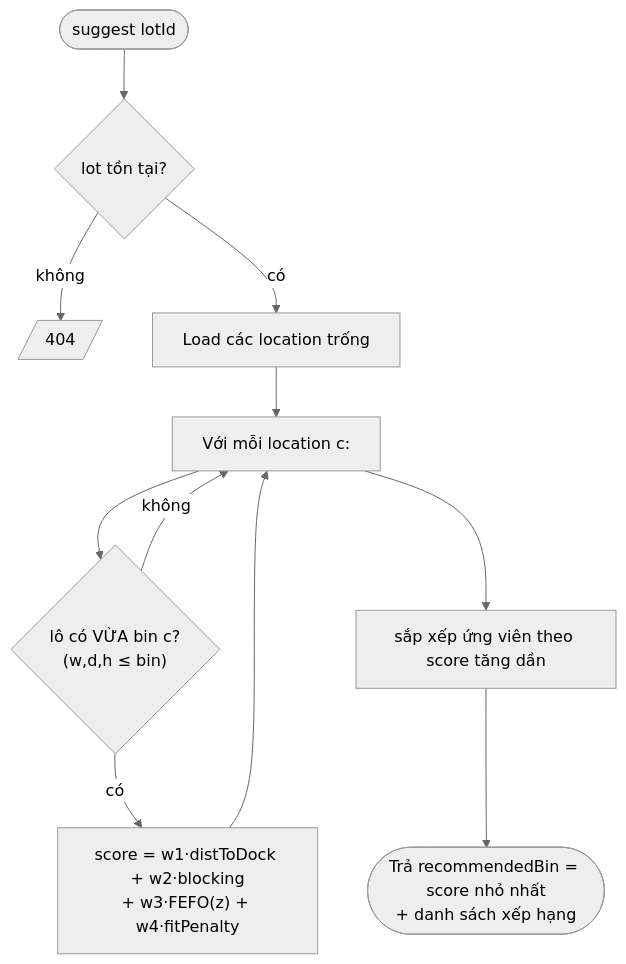
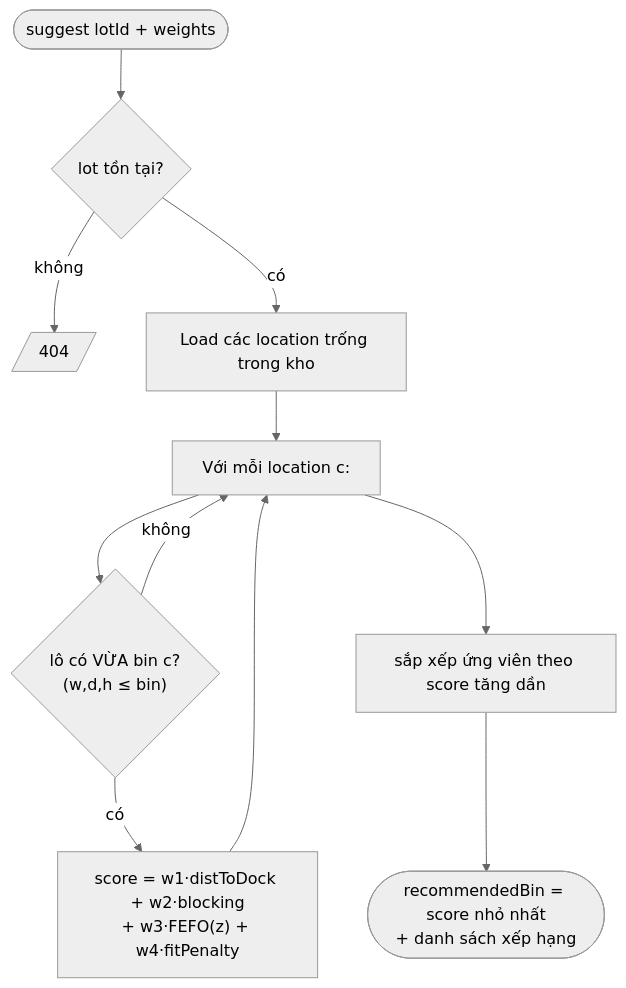
Diagram 17 of 18 in docs/diagrams.md (nguyenichnghia/stockpile-3d), drawn with Mermaid (neutral theme) before and after one commit. The commit also changed other lines of this file and 1 other file, not shown here.

First line of the commit message:
docs: expand design diagrams to cover all business flows (#39)

````diff
--- a/docs/diagrams.md
+++ b/docs/diagrams.md
@@ -323,13 +666,13 @@
 ```mermaid
 flowchart TD
-    A([suggest lotId]) --> B{"lot tồn tại?"}
+    A([suggest lotId + weights]) --> B{"lot tồn tại?"}
     B -- không --> B404[/"404"/]
-    B -- có --> C["Load các location trống"]
+    B -- có --> C["Load các location trống trong kho"]
     C --> D["Với mỗi location c:"]
     D --> E{"lô có VỪA bin c?<br/>(w,d,h ≤ bin)"}
     E -- không --> D
     E -- có --> F["score = w1·distToDock + w2·blocking<br/>+ w3·FEFO(z) + w4·fitPenalty"]
     F --> D
     D --> G["sắp xếp ứng viên theo score tăng dần"]
-    G --> H([Trả recommendedBin = score nhỏ nhất<br/>+ danh sách xếp hạng])
+    G --> H([recommendedBin = score nhỏ nhất<br/>+ danh sách xếp hạng])
 ```
````
